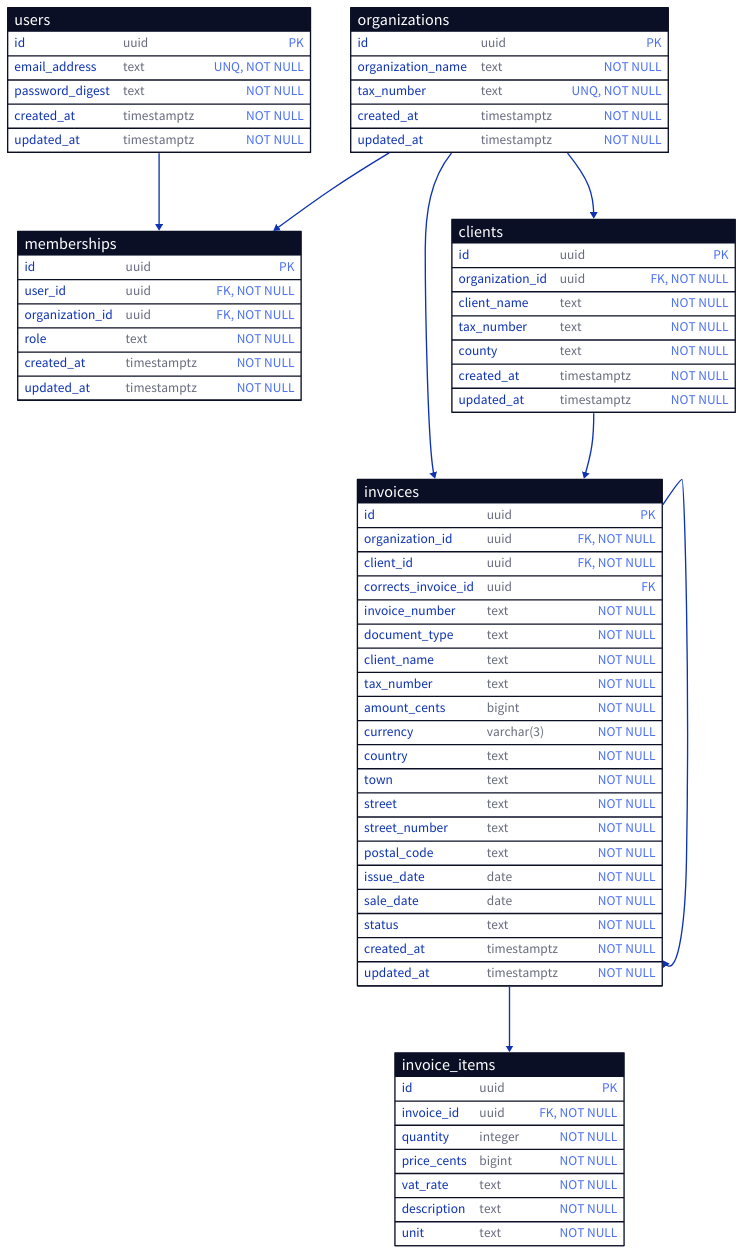
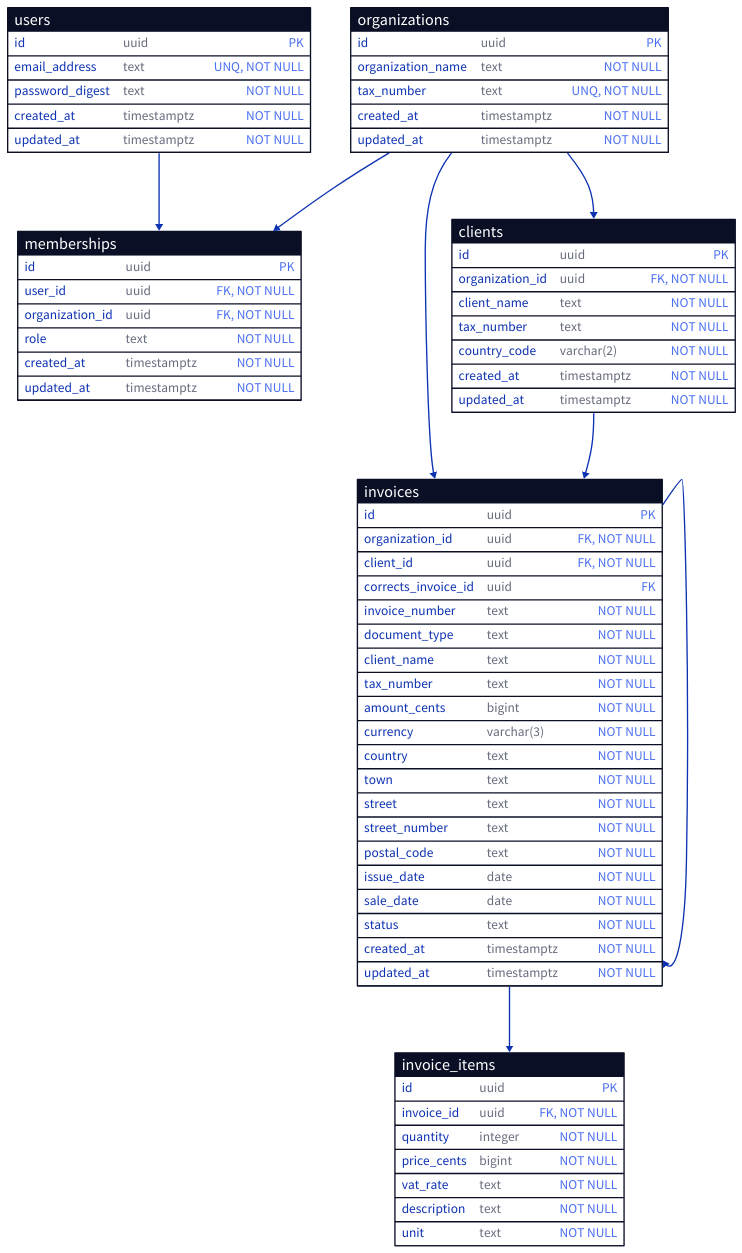
The diagram in docs/diagrams/erd.d2 (konradszl/invoicing-app), drawn with D2 before and after one commit. The commit also changed 5 other files, not shown here.

```diff
--- a/docs/diagrams/erd.d2
+++ b/docs/diagrams/erd.d2
@@ -1,91 +1,91 @@
 organizations: {
     shape: sql_table
 
     id:                  uuid        { constraint: primary_key }
     organization_name:   text        { constraint: NOT NULL }
     tax_number:          text        { constraint: [unique; NOT NULL]}
     created_at:          timestamptz { constraint: NOT NULL}
     updated_at:          timestamptz { constraint: NOT NULL}
 }
 
 users: {
     shape: sql_table
 
     id:                  uuid        { constraint: primary_key }
     email_address:       text        { constraint: [unique; NOT NULL]}
     password_digest:     text        { constraint: NOT NULL}
     created_at:          timestamptz { constraint: NOT NULL}
     updated_at:          timestamptz { constraint: NOT NULL}
 }
 
 memberships: {
     shape: sql_table
 
     id:                  uuid        { constraint: primary_key }
     user_id:             uuid        { constraint: [foreign_key; NOT NULL] }
     organization_id:     uuid        { constraint: [foreign_key; NOT NULL] }
     role:                text        { constraint: NOT NULL }
     created_at:          timestamptz { constraint: NOT NULL}
     updated_at:          timestamptz { constraint: NOT NULL}
 }
 
 clients: {
     shape: sql_table
 
     id:                  uuid        { constraint: primary_key }
     organization_id:     uuid        { constraint: [foreign_key; NOT NULL] }
     client_name:         text        { constraint: NOT NULL }
     tax_number:          text        { constraint: NOT NULL }
-    county:              text        { constraint: NOT NULL }
+    country_code:        varchar(2)  { constraint: NOT NULL }
     created_at:          timestamptz { constraint: NOT NULL }
     updated_at:          timestamptz { constraint: NOT NULL }
 }
 
 invoices: {
     shape: sql_table
 
     id:                  uuid        { constraint: primary_key }
     organization_id:     uuid        { constraint: [foreign_key; NOT NULL] }
     client_id:           uuid        { constraint: [foreign_key; NOT NULL] }
     corrects_invoice_id: uuid        { constraint: foreign_key }
     invoice_number:      text        { constraint: NOT NULL }
     document_type:       text        { constraint: NOT NULL }
     client_name:         text        { constraint: NOT NULL }
     tax_number:          text        { constraint: NOT NULL }
     amount_cents:        bigint      { constraint: NOT NULL }
     currency:            varchar(3)  { constraint: NOT NULL }
     country:             text        { constraint: NOT NULL }
     town:                text        { constraint: NOT NULL }
     street:              text        { constraint: NOT NULL }
     street_number:       text        { constraint: NOT NULL }
     postal_code:         text        { constraint: NOT NULL }
     issue_date:          date        { constraint: NOT NULL }
     sale_date:           date        { constraint: NOT NULL }
     status:              text        { constraint: NOT NULL }
     created_at:          timestamptz { constraint: NOT NULL }
     updated_at:          timestamptz { constraint: NOT NULL }
 }
 
 
 invoice_items: {
     shape: sql_table
 
     id:                  uuid        { constraint: primary_key }
     invoice_id:          uuid        { constraint: [foreign_key; NOT NULL] }
     quantity:            integer     { constraint: NOT NULL }
     price_cents:         bigint      { constraint: NOT NULL }
     vat_rate:            text        { constraint: NOT NULL }
     description:         text        { constraint: NOT NULL }
     unit:                text        { constraint: NOT NULL}
 }
 
 organizations.id -> memberships.organization_id
 organizations.id -> invoices.organization_id
 organizations.id -> clients.organization_id
 
 invoices.id -> invoice_items.invoice_id
 invoices.id -> invoices.corrects_invoice_id
 
 clients.id -> invoices.client_id
 
 users.id -> memberships.user_id
```
